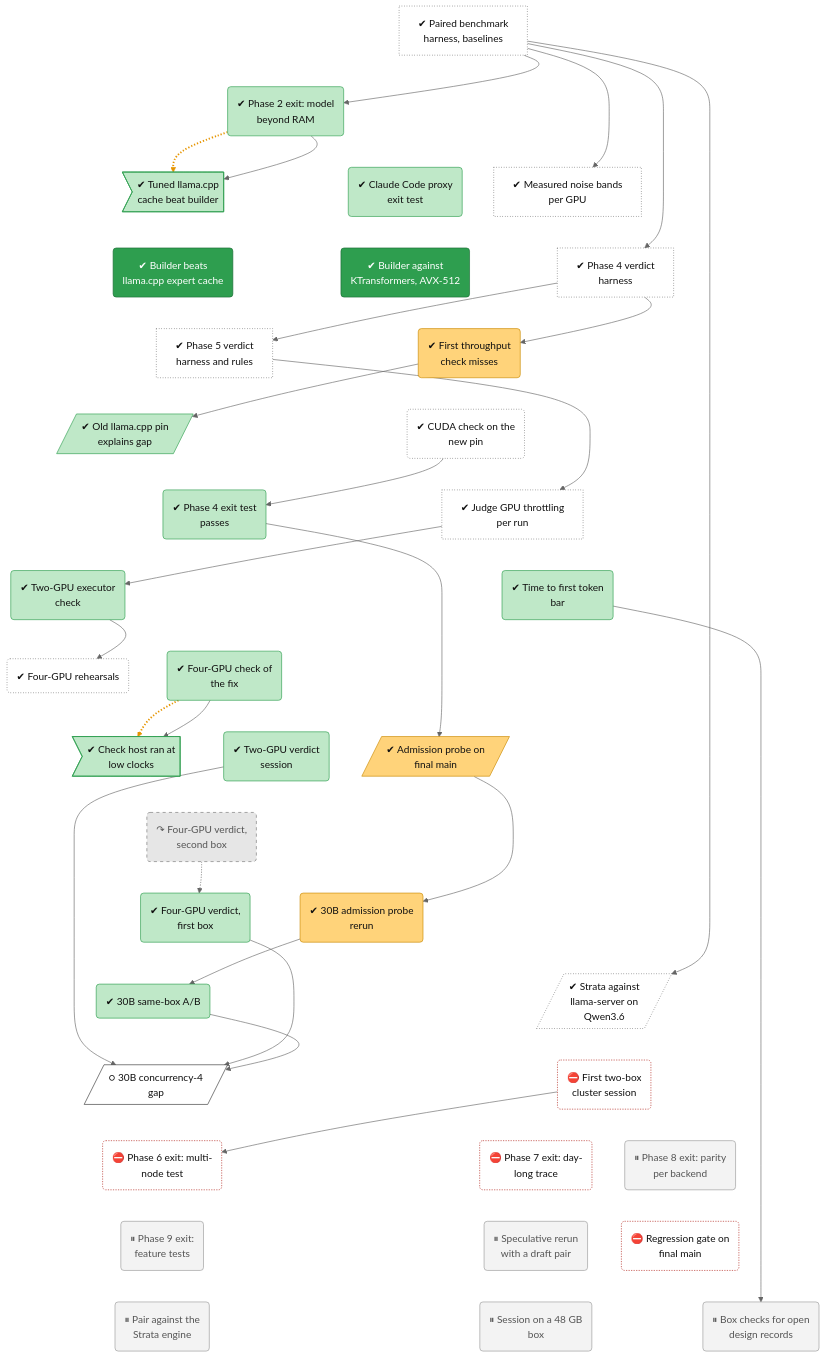
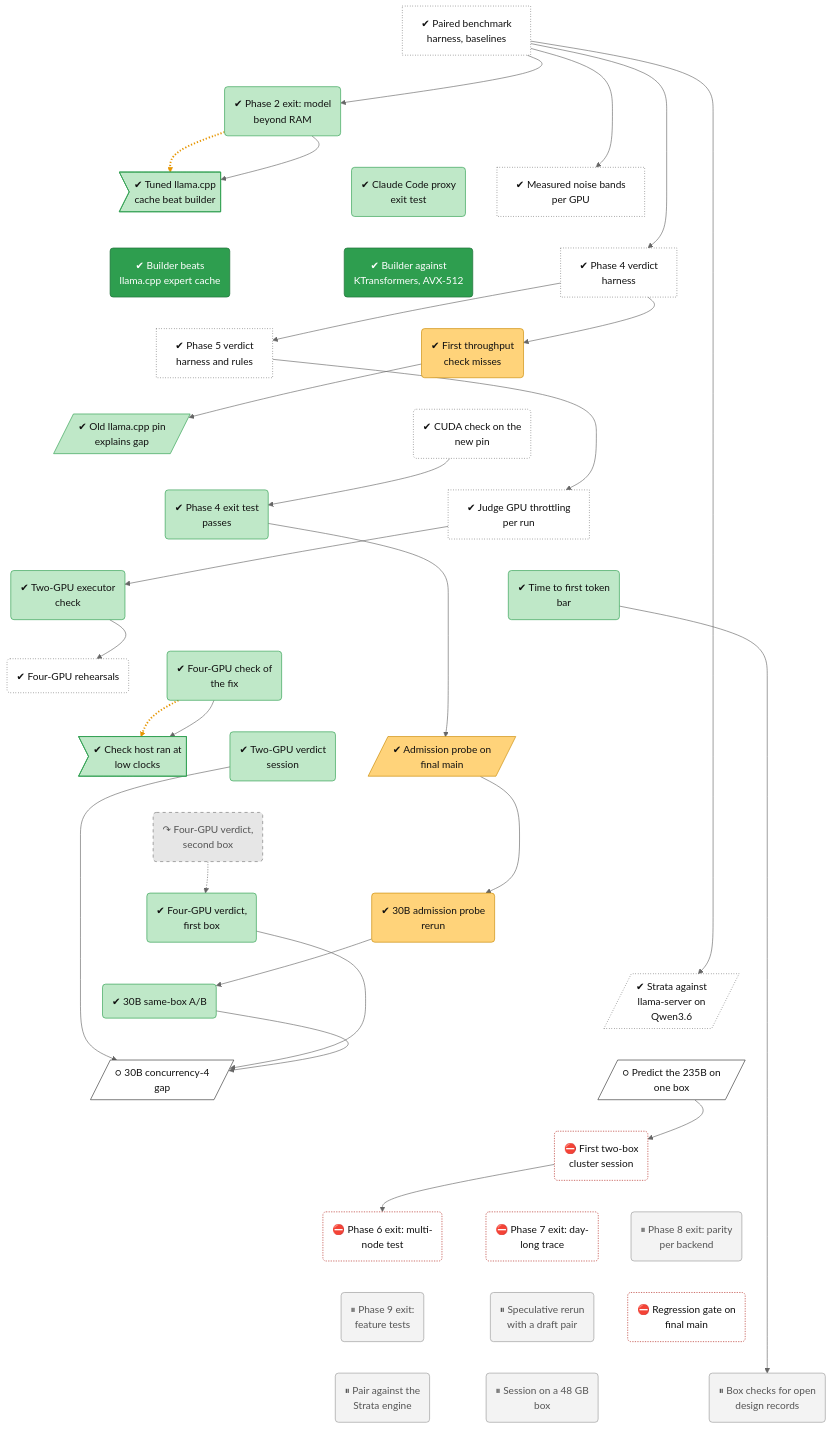
One commit to lhns/tetraeder changed the diagram in docs/roadmap/tracks/bench.md. Above: the diagram before and after it, drawn with Mermaid (neutral theme). The commit also changed other lines of this file and 7 other files, not shown here.

````diff
--- a/docs/roadmap/tracks/bench.md
+++ b/docs/roadmap/tracks/bench.md
@@ -36,6 +36,7 @@
     bench_ab30b("✔ 30B same-box A/B")
     bench_strata_q36[/"✔ Strata against<br/>llama-server on<br/>Qwen3.6"/]
     bench_30b_c4_gap[/"○ 30B concurrency-4<br/>gap"/]
+    bench_235b_stream_predict[/"○ Predict the 235B on<br/>one box"/]
     bench_phase6_rehearsal("⛔ First two-box<br/>cluster session")
     bench_phase6_exit("⛔ Phase 6 exit: multi-<br/>node test")
     bench_phase7_exit("⛔ Phase 7 exit: day-<br/>long trace")
@@ -75,8 +76,10 @@
     bench_v4a_verdict ~~~ bench_ab30b
     bench_d2a_30b ~~~ bench_strata_q36
     bench_ab30b ~~~ bench_30b_c4_gap
-    bench_strata_q36 ~~~ bench_phase6_rehearsal
-    bench_30b_c4_gap ~~~ bench_phase6_exit
+    bench_strata_q36 ~~~ bench_235b_stream_predict
+    bench_30b_c4_gap ~~~ bench_phase6_rehearsal
+    bench_235b_stream_predict ~~~ bench_phase6_rehearsal
+    bench_phase6_rehearsal ~~~ bench_phase6_exit
     bench_phase6_rehearsal ~~~ bench_phase7_exit
     bench_phase6_rehearsal ~~~ bench_phase8_exit
     bench_phase6_exit ~~~ bench_phase9_exit
@@ -107,9 +110,10 @@
     bench_v2_verdict --> bench_30b_c4_gap
     bench_v4a_verdict --> bench_30b_c4_gap
     bench_ab30b --> bench_30b_c4_gap
+    bench_235b_stream_predict --> bench_phase6_rehearsal
     bench_phase6_rehearsal --> bench_phase6_exit
     bench_ttft --> bench_open_records
-    linkStyle 40,51 stroke:#e69500,stroke-width:3px,stroke-dasharray:2 3
+    linkStyle 42,53 stroke:#e69500,stroke-width:3px,stroke-dasharray:2 3
     classDef vsucc fill:#2e9e4f,stroke:#1b6b34,color:#fff
     classDef succ fill:#bfe8c8,stroke:#2e9e4f,color:#111
     classDef mixed fill:#ffd37a,stroke:#c98a00,color:#111
@@ -129,7 +133,7 @@
     class bench_m1_point1,bench_m1_point3 vsucc
     class bench_d2a_rerun,bench_d2a_probe,bench_d2a_30b mixed
     class bench_v4b_verdict dead
-    class bench_30b_c4_gap next
+    class bench_30b_c4_gap,bench_235b_stream_predict next
     class bench_phase6_rehearsal,bench_phase6_exit,bench_phase7_exit,bench_regression_gate blocked
     class bench_phase8_exit,bench_phase9_exit,bench_spec_rerun,bench_strata_pairing,bench_d1_session,bench_open_records parked
 ```
````
